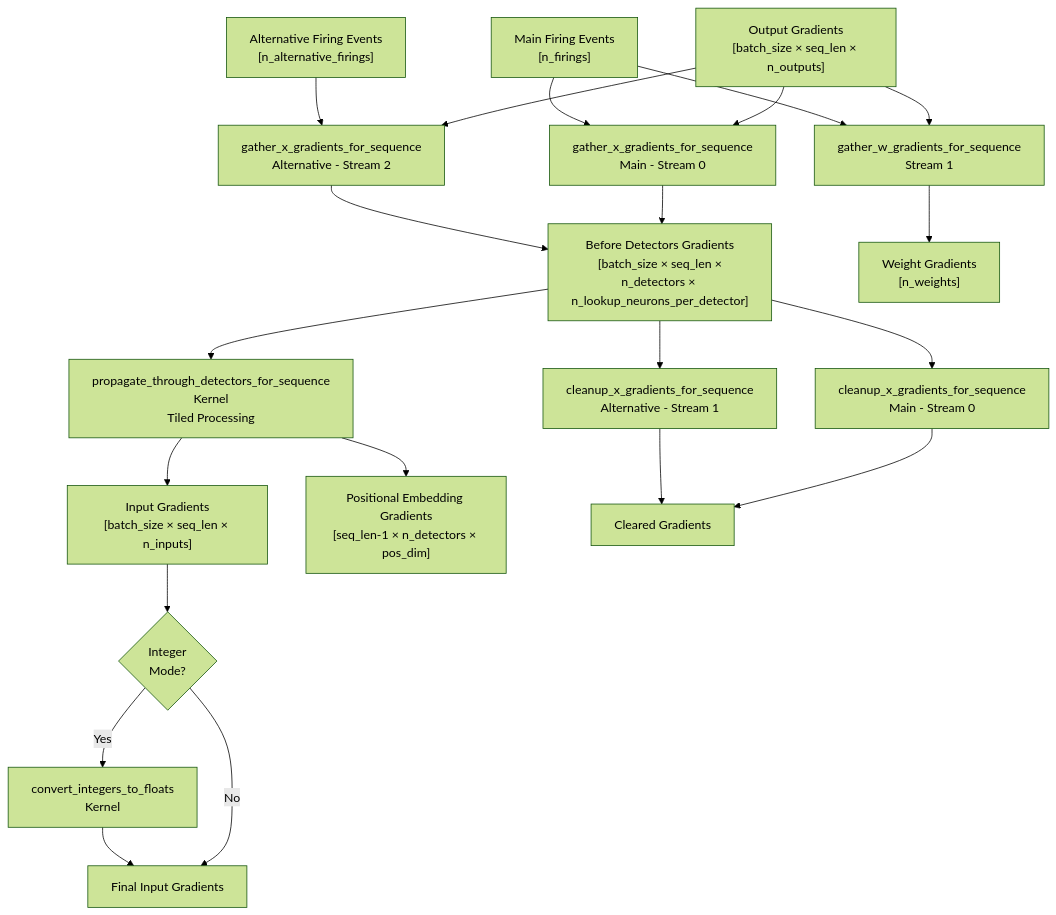
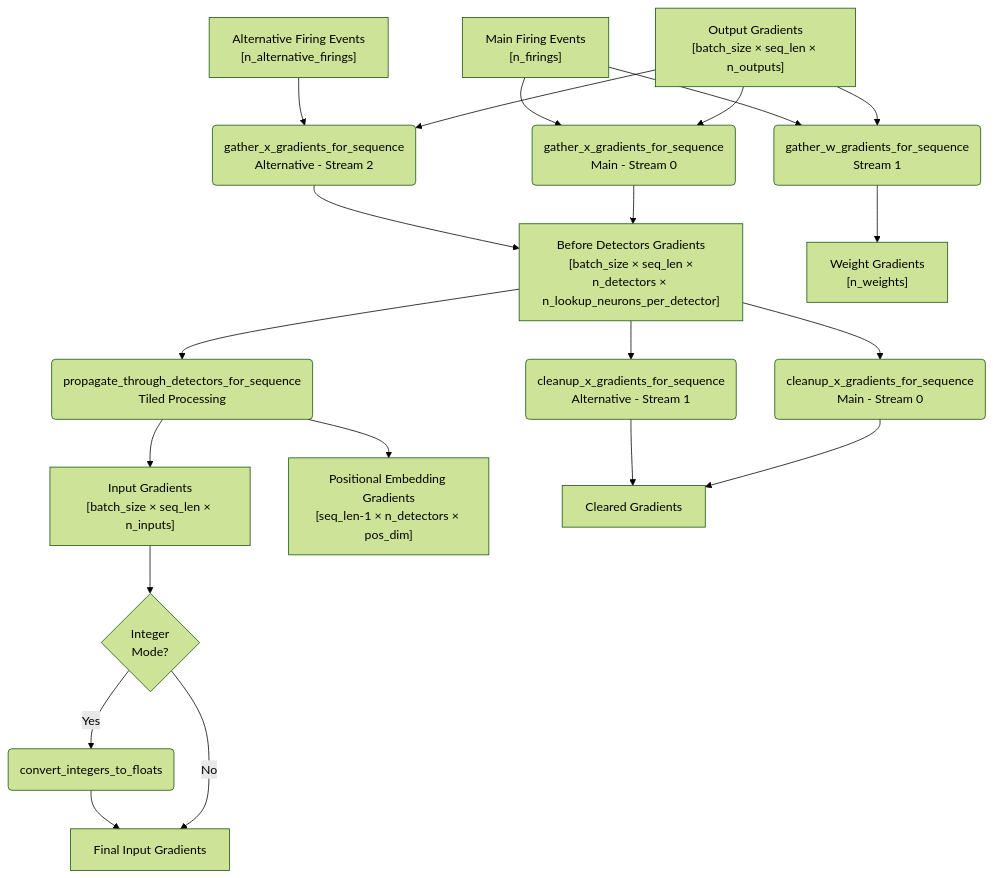
Before and after one commit to anatoli-starostin/spiky: the fourth of 5 diagrams in spiky_cuda/lut/doc/LUT_RUNTIME_DATA_FLOW.md, drawn with Mermaid (forest theme). The commit also changed other lines of this file, not shown here.

````diff
--- a/spiky_cuda/lut/doc/LUT_RUNTIME_DATA_FLOW.md
+++ b/spiky_cuda/lut/doc/LUT_RUNTIME_DATA_FLOW.md
@@ -101,30 +101,30 @@
 ```mermaid
 flowchart TD
-    A["Output Gradients<br/>[batch_size × seq_len × n_outputs]"] --> B[gather_x_gradients_for_sequence<br/>Main - Stream 0]
-    A --> C[gather_w_gradients_for_sequence<br/>Stream 1]
-    A --> D[gather_x_gradients_for_sequence<br/>Alternative - Stream 2]
+    A["Output Gradients<br/>[batch_size × seq_len × n_outputs]"] --> B("gather_x_gradients_for_sequence<br/>Main - Stream 0")
+    A --> C("gather_w_gradients_for_sequence<br/>Stream 1")
+    A --> D("gather_x_gradients_for_sequence<br/>Alternative - Stream 2")
     
     E["Main Firing Events<br/>[n_firings]"] --> B
     E --> C
     F["Alternative Firing Events<br/>[n_alternative_firings]"] --> D
     
     B --> G["Before Detectors Gradients<br/>[batch_size × seq_len ×<br/>n_detectors × n_lookup_neurons_per_detector]"]
     C --> H["Weight Gradients<br/>[n_weights]"]
     D --> G
     
-    G --> I[propagate_through_detectors_for_sequence<br/>Kernel<br/>Tiled Processing]
+    G --> I("propagate_through_detectors_for_sequence<br/>Tiled Processing")
     
     I --> J["Input Gradients<br/>[batch_size × seq_len × n_inputs]"]
     I --> K["Positional Embedding Gradients<br/>[seq_len-1 × n_detectors × pos_dim]"]
     
-    G --> L[cleanup_x_gradients_for_sequence<br/>Main - Stream 0]
-    G --> M[cleanup_x_gradients_for_sequence<br/>Alternative - Stream 1]
+    G --> L("cleanup_x_gradients_for_sequence<br/>Main - Stream 0")
+    G --> M("cleanup_x_gradients_for_sequence<br/>Alternative - Stream 1")
     
     L --> N[Cleared Gradients]
     M --> N
     
     J --> O{Integer<br/>Mode?}
-    O -->|Yes| P[convert_integers_to_floats<br/>Kernel]
+    O -->|Yes| P(convert_integers_to_floats)
     O -->|No| Q[Final Input Gradients]
     P --> Q
 ```
````
